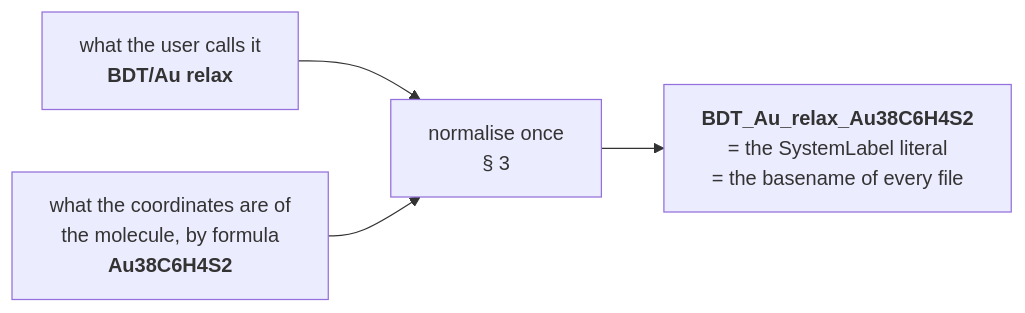
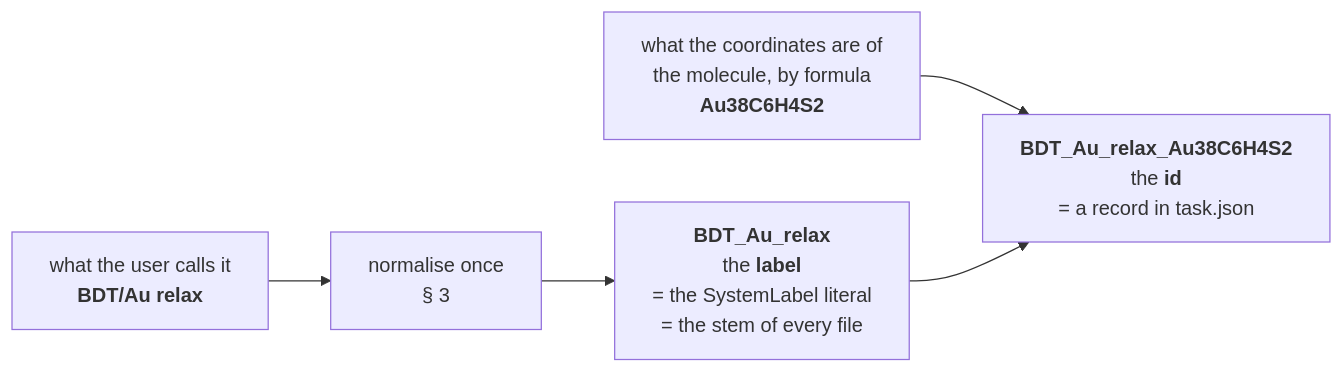
Before and after one commit to Qing-LAB/molbuilder: the first of 2 diagrams in docs/execution/run-identity.md, drawn with Mermaid. The commit also changed other lines of this file and 9 other files, not shown here.

First line of the commit message:
docs: decision 26 applied -- the stem is the label, and it needed a token

````diff
--- a/docs/execution/run-identity.md
+++ b/docs/execution/run-identity.md
@@ -66,6 +68,7 @@
 ```mermaid
 flowchart LR
     U["what the user calls it<br/><b>BDT/Au relax</b>"] --> N["normalise once<br/>§ 3"]
-    M["what the coordinates are of<br/>the molecule, by formula<br/><b>Au38C6H4S2</b>"] --> N
-    N --> I["<b>BDT_Au_relax_Au38C6H4S2</b><br/>= the SystemLabel literal<br/>= the basename of every file"]
+    N --> L["<b>BDT_Au_relax</b><br/>the <b>label</b><br/>= the SystemLabel literal<br/>= the stem of every file"]
+    M["what the coordinates are of<br/>the molecule, by formula<br/><b>Au38C6H4S2</b>"] --> I
+    L --> I["<b>BDT_Au_relax_Au38C6H4S2</b><br/>the <b>id</b><br/>= a record in task.json"]
 ```
````
